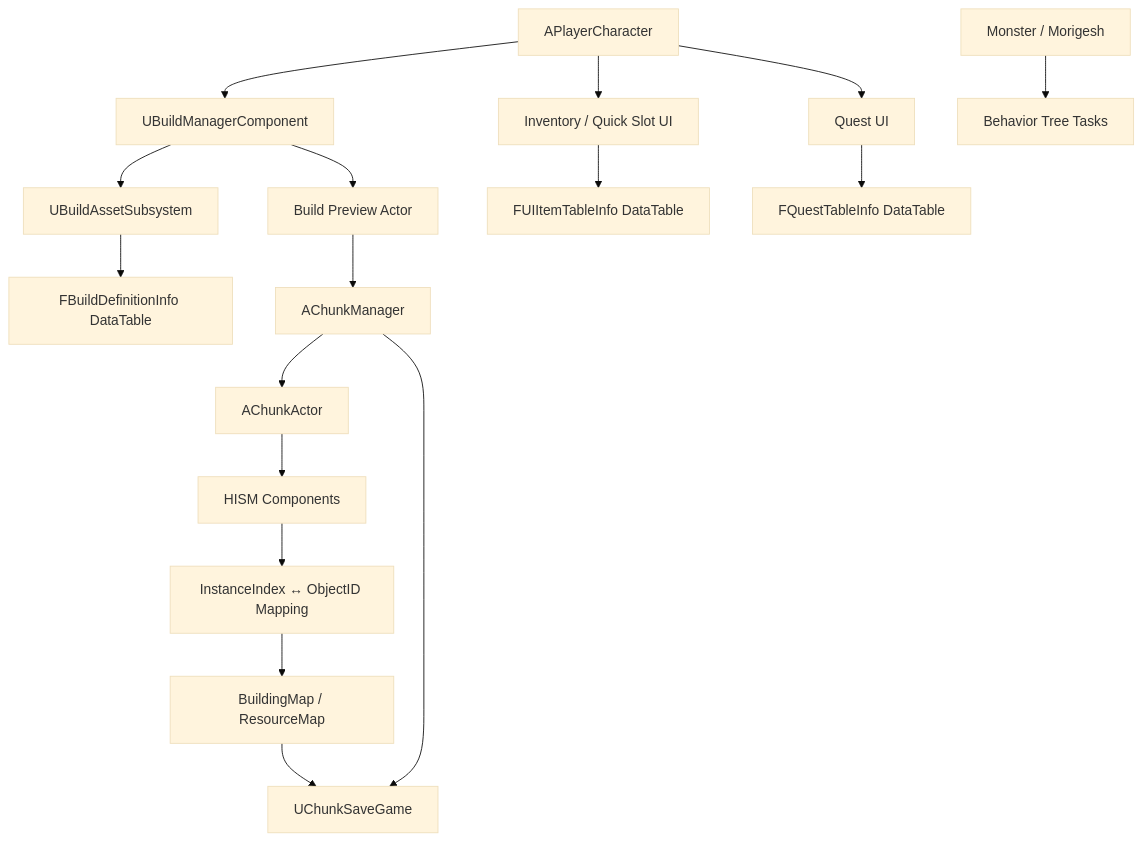
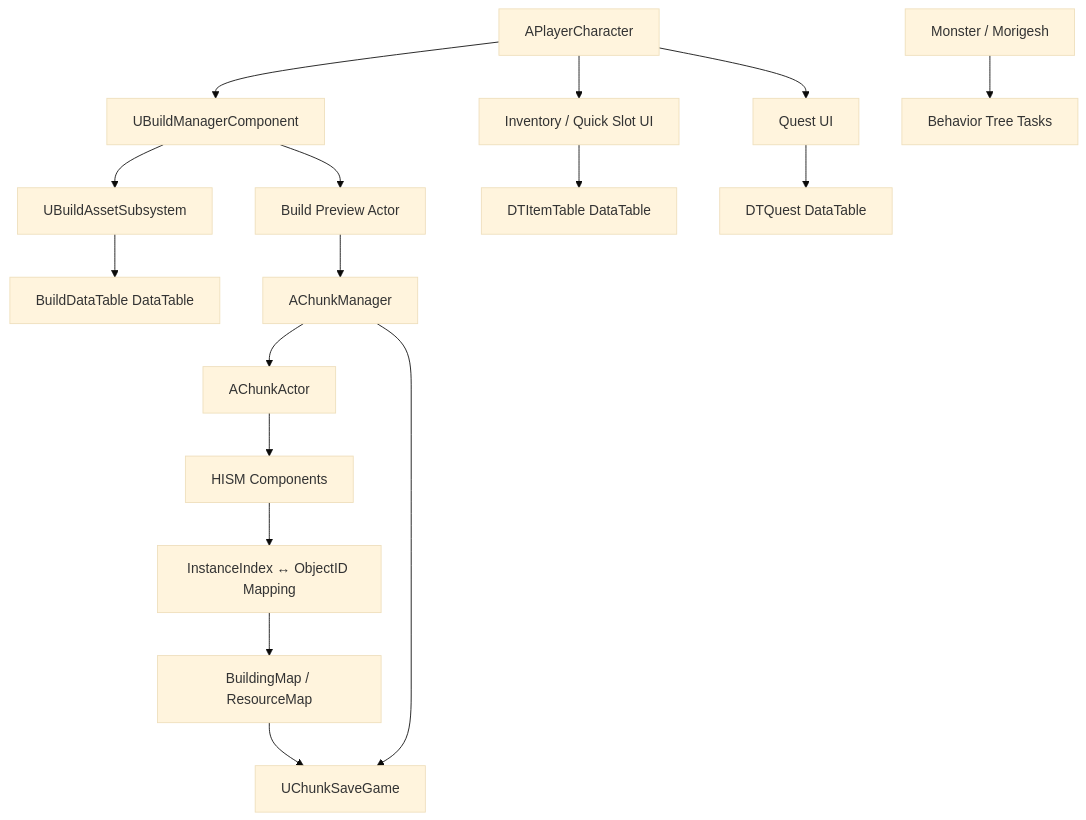
The second of 2 diagrams in README.md (tjwjdah/Unreal4.26_Portfolio), drawn with Mermaid (base theme) before and after one commit. The commit also changed other lines of this file, not shown here.

````diff
--- a/README.md
+++ b/README.md
@@ -86,21 +86,21 @@
 ```mermaid
 flowchart TD
     Player[APlayerCharacter] --> BuildManager[UBuildManagerComponent]
     BuildManager --> BuildAssetSubsystem[UBuildAssetSubsystem]
-    BuildAssetSubsystem --> BuildDataTable[FBuildDefinitionInfo DataTable]
+    BuildAssetSubsystem --> BuildDataTable[BuildDataTable DataTable]
     BuildManager --> Preview[Build Preview Actor]
     Preview --> ChunkManager[AChunkManager]
 
     ChunkManager --> ChunkActor[AChunkActor]
     ChunkActor --> HISM[HISM Components]
     HISM --> IDMap[InstanceIndex ↔ ObjectID Mapping]
     IDMap --> RuntimeMap[BuildingMap / ResourceMap]
     RuntimeMap --> SaveGame[UChunkSaveGame]
     ChunkManager --> SaveGame
 
     Player --> Inventory[Inventory / Quick Slot UI]
-    Inventory --> ItemData[FUIItemTableInfo DataTable]
+    Inventory --> ItemData[DTItemTable DataTable]
     Player --> Quest[Quest UI]
-    Quest --> QuestData[FQuestTableInfo DataTable]
+    Quest --> QuestData[DTQuest DataTable]
     Monster[Monster / Morigesh] --> BT[Behavior Tree Tasks]
 ```
````
